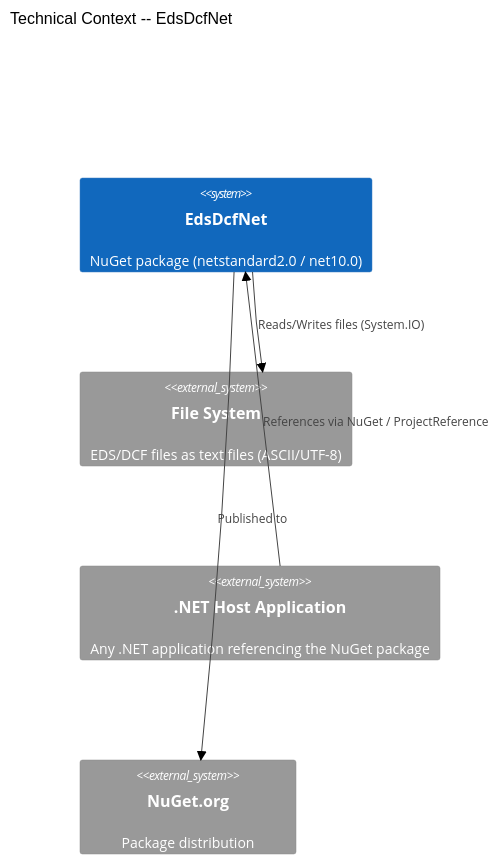
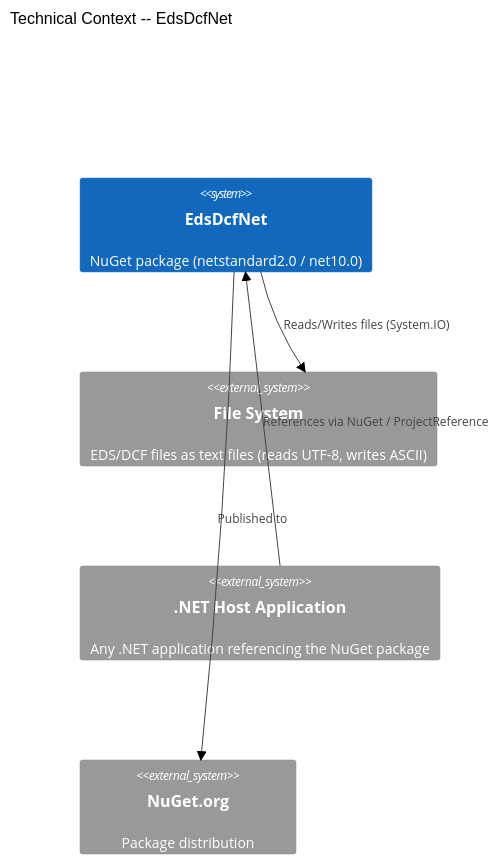
The second of 2 diagrams in docs/architecture/03-context-and-scope.md (dborgards/eds-dcf-net), drawn with Mermaid (forest theme) before and after one commit. The commit also changed other lines of this file and 4 other files, not shown here.

````diff
--- a/docs/architecture/03-context-and-scope.md
+++ b/docs/architecture/03-context-and-scope.md
@@ -38,14 +38,14 @@
 ```mermaid
 C4Context
     title Technical Context -- EdsDcfNet
 
     System(edsdcfnet, "EdsDcfNet", "NuGet package (netstandard2.0 / net10.0)")
 
-    System_Ext(filesystem, "File System", "EDS/DCF files as text files (ASCII/UTF-8)")
+    System_Ext(filesystem, "File System", "EDS/DCF files as text files (reads UTF-8, writes ASCII)")
     System_Ext(dotnet_host, ".NET Host Application", "Any .NET application referencing the NuGet package")
     System_Ext(nuget, "NuGet.org", "Package distribution")
 
     Rel(dotnet_host, edsdcfnet, "References via NuGet / ProjectReference")
     Rel(edsdcfnet, filesystem, "Reads/Writes files (System.IO)")
     Rel(edsdcfnet, nuget, "Published to")
 ```
````
